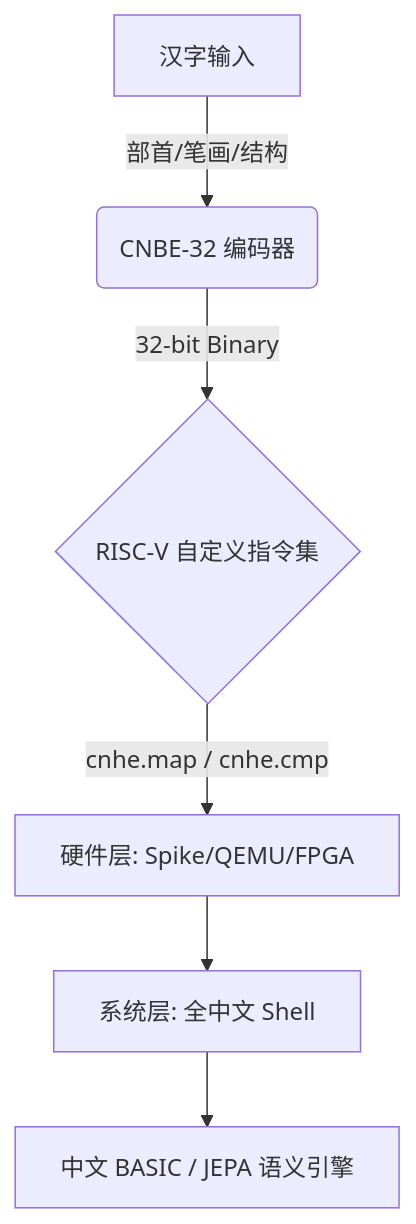
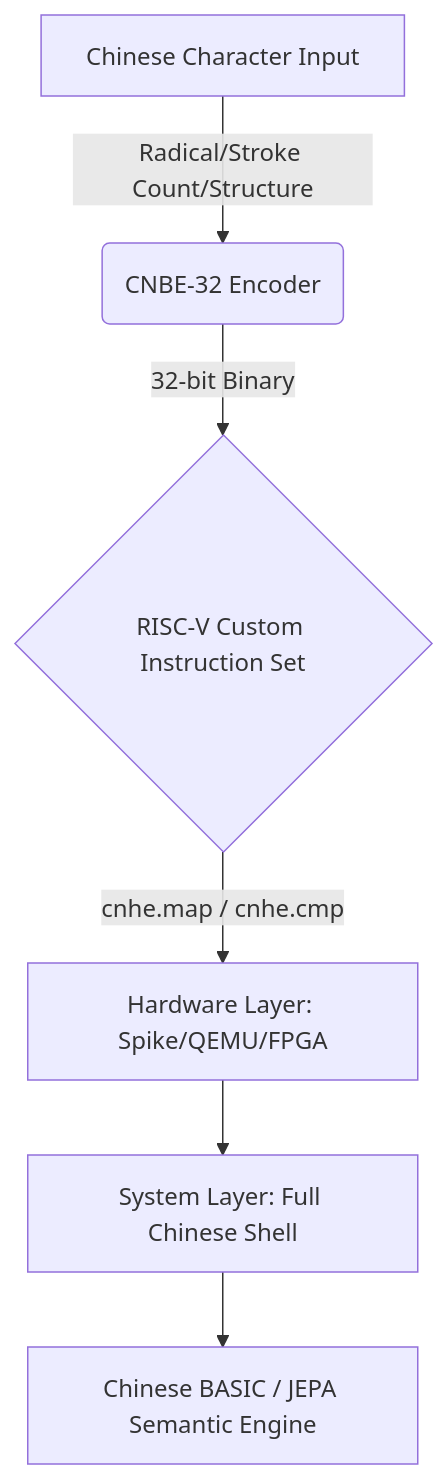
The diagram in README.md (zairkliu/CNBE-32-Chinese-Native-Binary-Encoding), drawn with Mermaid before and after one commit. The commit also changed other lines of this file, not shown here.

````diff
--- a/README.md
+++ b/README.md
@@ -29,8 +28,8 @@
 ```mermaid
 graph TD
-    A[汉字输入] -->|部首/笔画/结构| B(CNBE-32 编码器)
-    B -->|32-bit Binary| C{RISC-V 自定义指令集}
-    C -->|cnhe.map / cnhe.cmp| D[硬件层: Spike/QEMU/FPGA]
-    D --> E[系统层: 全中文 Shell]
-    E --> F[中文 BASIC / JEPA 语义引擎]
+    A[Chinese Character Input] -->|Radical/Stroke Count/Structure| B(CNBE-32 Encoder)
+    B -->|32-bit Binary| C{RISC-V Custom Instruction Set}
+    C -->|cnhe.map / cnhe.cmp| D[Hardware Layer: Spike/QEMU/FPGA]
+    D --> E[System Layer: Full Chinese Shell]
+    E --> F[Chinese BASIC / JEPA Semantic Engine]
 ```
````
